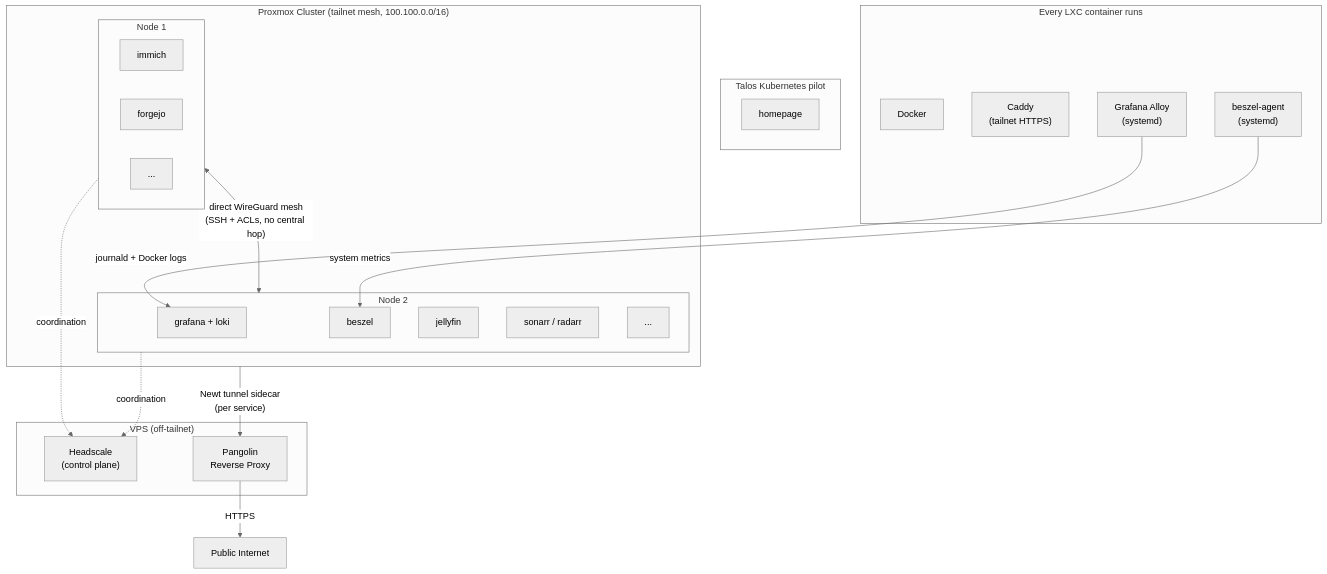
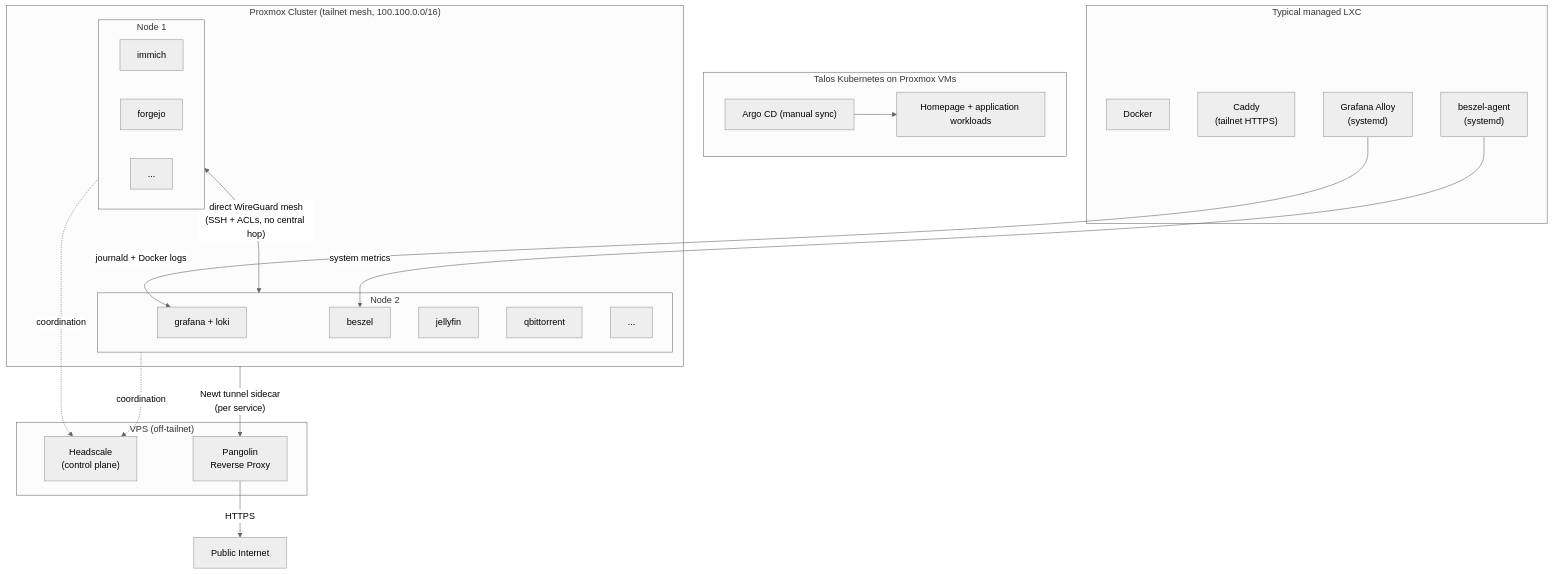
The diagram in README.md (davegallant/homelab), drawn with Mermaid (neutral theme) before and after one commit. The commit also changed other lines of this file and 345 other files, not shown here.

````diff
--- a/README.md
+++ b/README.md
@@ -14,42 +21,44 @@
 ```mermaid
 graph TD
     subgraph VPS["VPS (off-tailnet)"]
         headscale["Headscale\n(control plane)"]
         pangolin["Pangolin\nReverse Proxy"]
     end
 
     subgraph Proxmox["Proxmox Cluster (tailnet mesh, 100.100.0.0/16)"]
         subgraph N1["Node 1"]
             immich["immich"]
             forgejo["forgejo"]
             n1etc["..."]
         end
         subgraph N2["Node 2"]
             grafana["grafana + loki"]
             beszel["beszel"]
             jellyfin["jellyfin"]
-            sonarr["sonarr / radarr"]
+            qbittorrent["qbittorrent"]
             n2etc["..."]
         end
         N1 <-->|"direct WireGuard mesh\n(SSH + ACLs, no central hop)"| N2
     end
 
-    subgraph Talos["Talos Kubernetes pilot"]
-        homepage["homepage"]
+    subgraph Talos["Talos Kubernetes on Proxmox VMs"]
+        apps["Homepage + application workloads"]
+        argocd["Argo CD (manual sync)"]
+        argocd --> apps
     end
 
     N1 -.->|"coordination"| headscale
     N2 -.->|"coordination"| headscale
     Proxmox -->|"Newt tunnel sidecar\n(per service)"| pangolin
     pangolin -->|"HTTPS"| internet["Public Internet"]
 
-    subgraph PerHost["Every LXC container runs"]
+    subgraph PerHost["Typical managed LXC"]
         docker["Docker"]
         caddy["Caddy\n(tailnet HTTPS)"]
         alloy["Grafana Alloy\n(systemd)"]
         beszelagent["beszel-agent\n(systemd)"]
     end
 
     alloy -->|"journald + Docker logs"| grafana
     beszelagent -->|"system metrics"| beszel
 ```
````
